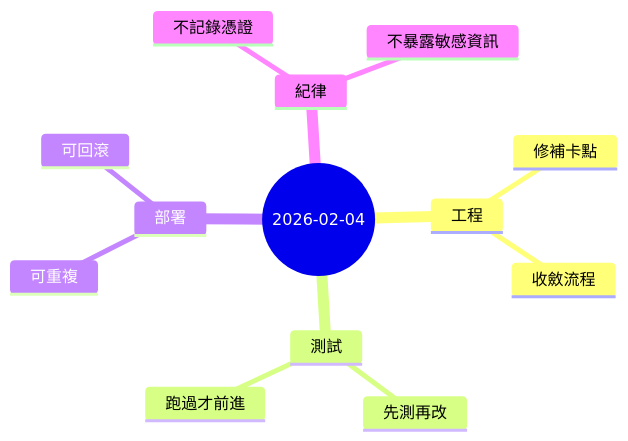
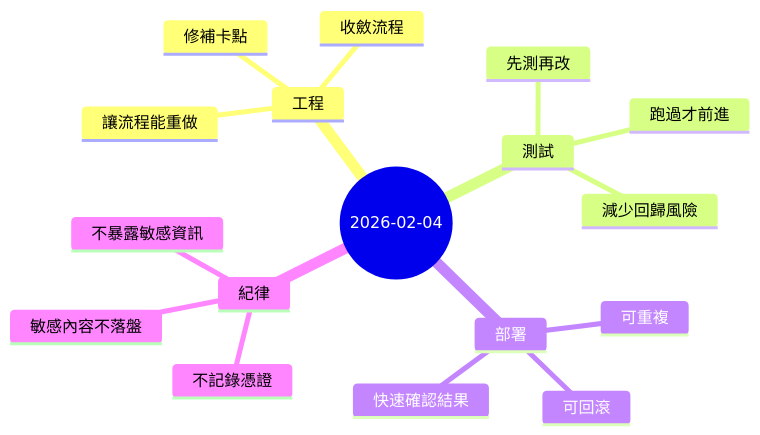
Before and after one commit to shaaaannn/shaaaannn.github.io: the diagram in content/zh/journal/2026/02/2026-02-04.md, drawn with Mermaid. The commit also changed other lines of this file, not shown here.

````diff
--- a/content/zh/journal/2026/02/2026-02-04.md
+++ b/content/zh/journal/2026/02/2026-02-04.md
@@ -12,16 +12,20 @@
 ```mermaid
 mindmap
   root((2026-02-04))
     工程
       修補卡點
       收斂流程
+      讓流程能重做
     測試
       先測再改
       跑過才前進
+      減少回歸風險
     部署
       可重複
       可回滾
+      快速確認結果
     紀律
       不記錄憑證
       不暴露敏感資訊
+      敏感內容不落盤
 ```
````
